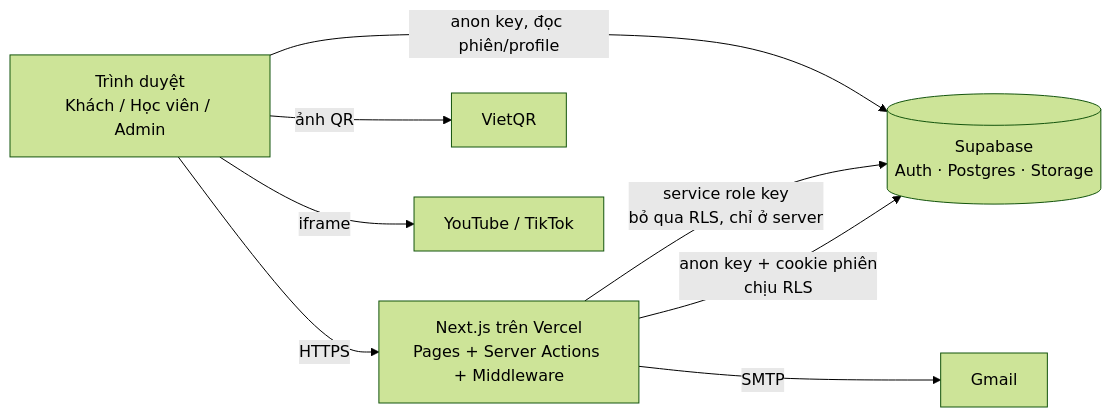
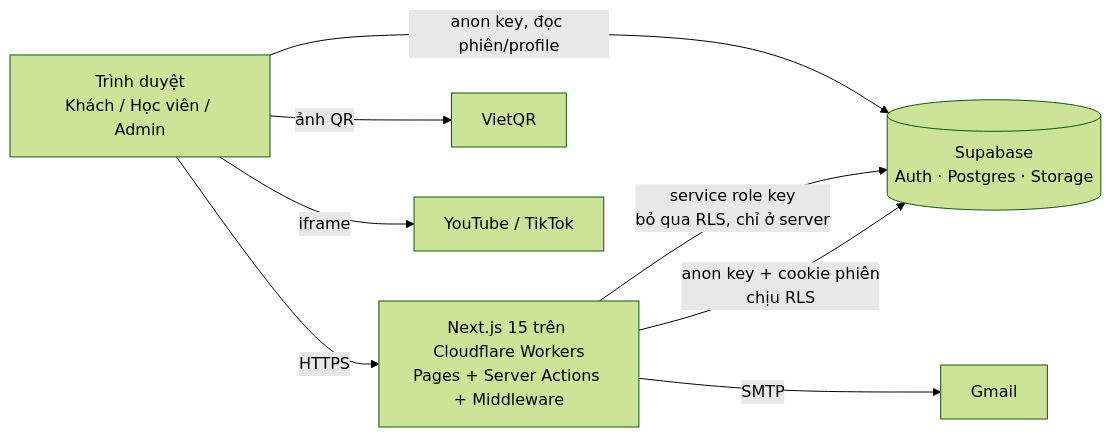
The first of 2 diagrams in web design structure/00-overview/project-overview.md (dgquan1001/course-platform), drawn with Mermaid (forest theme) before and after one commit. The commit also changed other lines of this file and 69 other files, not shown here.

First line of the commit message:
feat: Đợt 17 P0–P2 – Next 15, chạy trên Cloudflare Workers (OpenNext), E2E Node 99/99, Workers 100/100

````diff
--- a/web design structure/00-overview/project-overview.md
+++ b/web design structure/00-overview/project-overview.md
@@ -88,10 +88,10 @@
 ```mermaid
 flowchart LR
-  U[Trình duyệt<br/>Khách / Học viên / Admin] -->|HTTPS| N[Next.js trên Vercel<br/>Pages + Server Actions + Middleware]
+  U[Trình duyệt<br/>Khách / Học viên / Admin] -->|HTTPS| N[Next.js 15 trên Cloudflare Workers<br/>Pages + Server Actions + Middleware]
   N -->|anon key + cookie phiên<br/>chịu RLS| S[(Supabase<br/>Auth · Postgres · Storage)]
   N -->|service role key<br/>bỏ qua RLS, chỉ ở server| S
   U -->|anon key, đọc phiên/profile| S
   N -->|SMTP| M[Gmail]
   U -->|ảnh QR| Q[VietQR]
   U -->|iframe| V[YouTube / TikTok]
 ```
````
